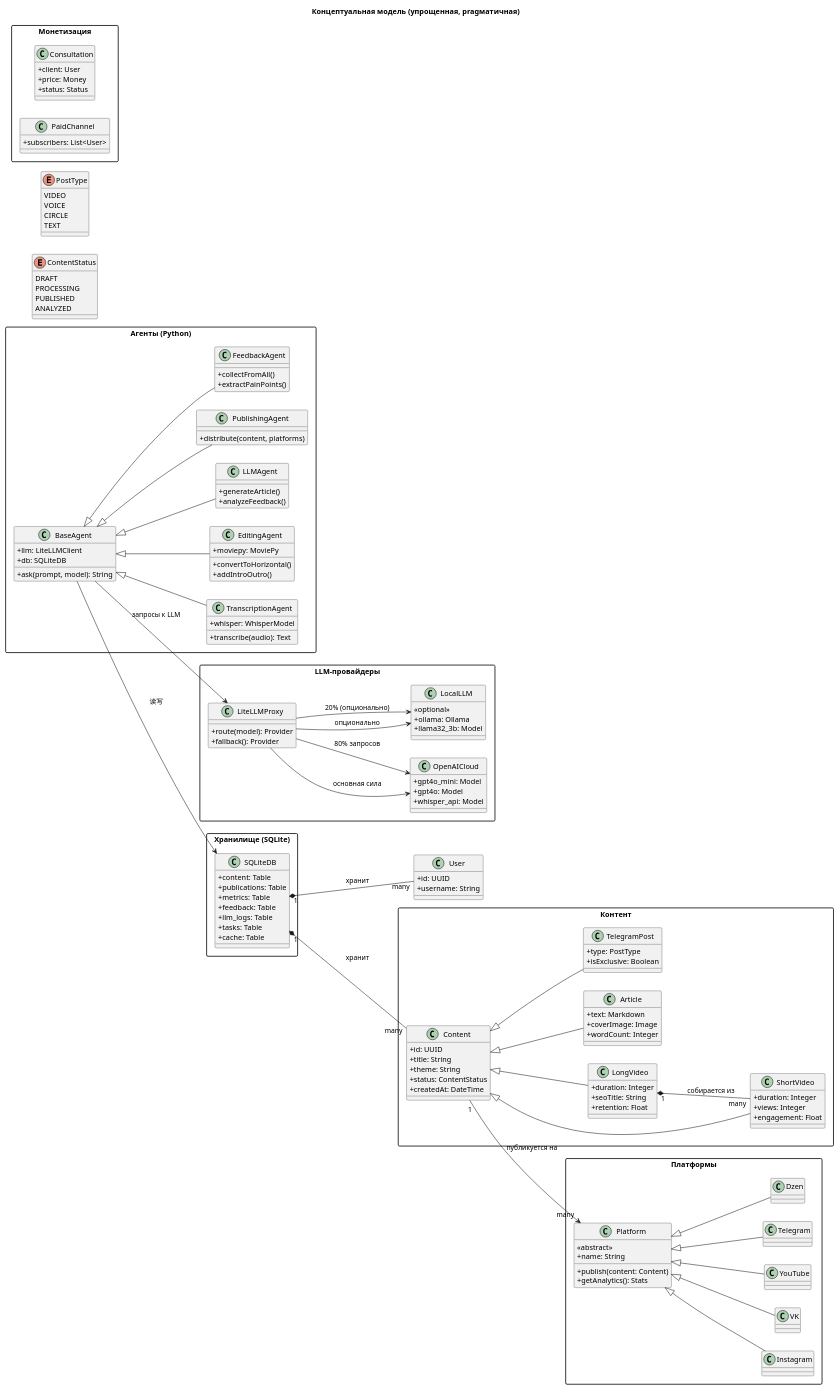
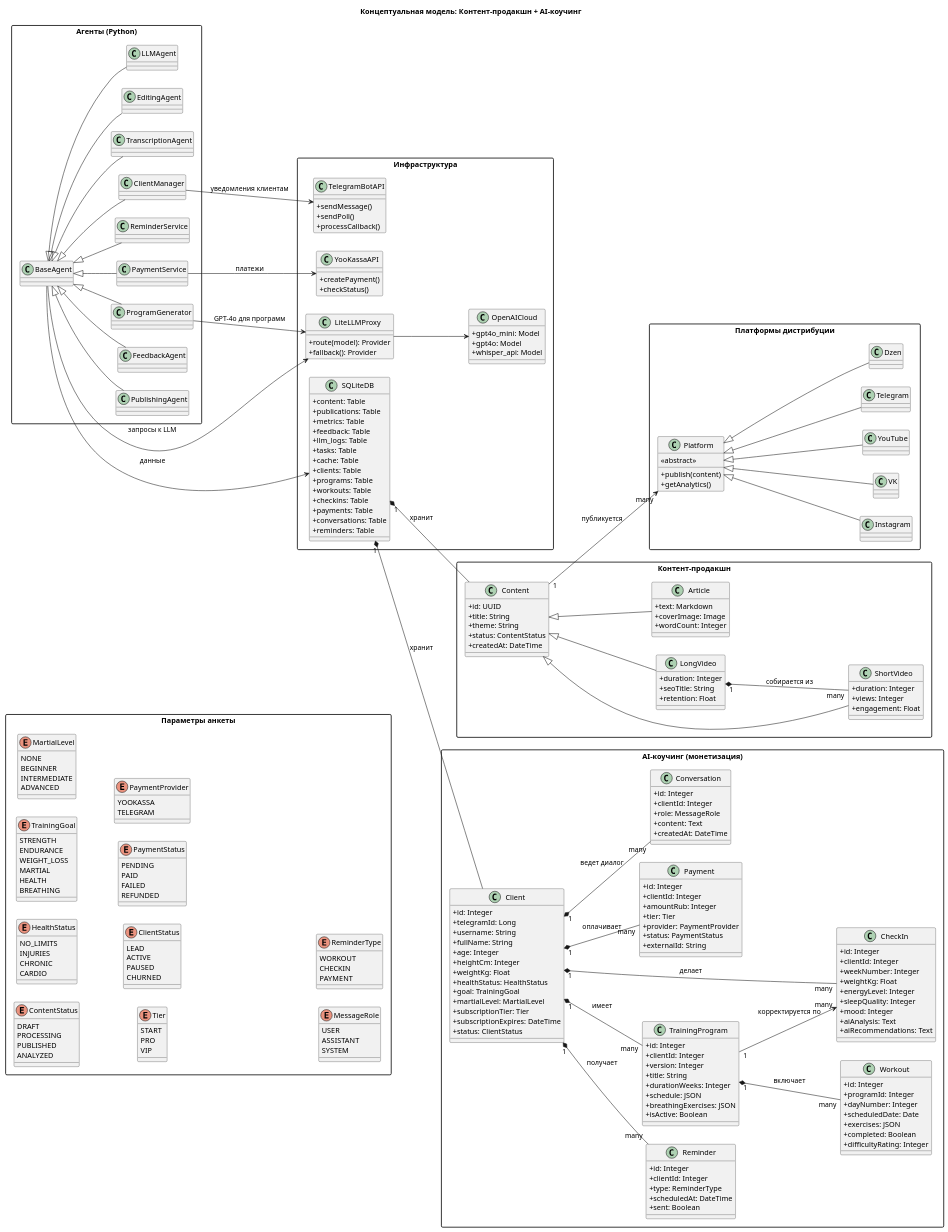
Before and after one commit to yurigilev/sigmar: the diagram in docs/architecture/about.md, drawn with PlantUML. The commit also changed other lines of this file and 4 other files, not shown here.

````diff
--- a/docs/architecture/about.md
+++ b/docs/architecture/about.md
@@ -214,9 +17,9 @@
 left to right direction
 skinparam classAttributeIconSize 0
 skinparam packageStyle rectangle
-title Концептуальная модель (упрощенная, pragматичная)
+title Концептуальная модель: Контент-продакшн + AI-коучинг
 
-package "Контент" {
+package "Контент-продакшн" {
     class Content {
         +id: UUID
         +title: String
@@ -243,27 +46,104 @@
         +wordCount: Integer
     }
     
-    class TelegramPost {
-        +type: PostType
-        +isExclusive: Boolean
-    }
-    
     Content <|-- ShortVideo
     Content <|-- LongVideo
     Content <|-- Article
-    Content <|-- TelegramPost
     
     LongVideo "1" *-- "many" ShortVideo : собирается из
 }
 
-package "Платформы" {
+package "AI-коучинг (монетизация)" {
+    class Client {
+        +id: Integer
+        +telegramId: Long
+        +username: String
+        +fullName: String
+        +age: Integer
+        +heightCm: Integer
+        +weightKg: Float
+        +healthStatus: HealthStatus
+        +goal: TrainingGoal
+        +martialLevel: MartialLevel
+        +subscriptionTier: Tier
+        +subscriptionExpires: DateTime
+        +status: ClientStatus
+    }
+    
+    class TrainingProgram {
+        +id: Integer
+        +clientId: Integer
+        +version: Integer
+        +title: String
+        +durationWeeks: Integer
+        +schedule: JSON
+        +breathingExercises: JSON
+        +isActive: Boolean
+    }
+    
+    class Workout {
+        +id: Integer
+        +programId: Integer
+        +dayNumber: Integer
+        +scheduledDate: Date
+        +exercises: JSON
+        +completed: Boolean
+        +difficultyRating: Integer
+    }
+    
+    class CheckIn {
+        +id: Integer
+        +clientId: Integer
+        +weekNumber: Integer
+        +weightKg: Float
+        +energyLevel: Integer
+        +sleepQuality: Integer
+        +mood: Integer
+        +aiAnalysis: Text
+        +aiRecommendations: Text
+    }
+    
+    class Payment {
+        +id: Integer
+        +clientId: Integer
+        +amountRub: Integer
+        +tier: Tier
+        +provider: PaymentProvider
+        +status: PaymentStatus
+        +externalId: String
+    }
+    
+    class Conversation {
+        +id: Integer
+        +clientId: Integer
+        +role: MessageRole
+        +content: Text
+        +createdAt: DateTime
+    }
+    
+    class Reminder {
+        +id: Integer
+        +clientId: Integer
+        +type: ReminderType
+        +scheduledAt: DateTime
+        +sent: Boolean
+    }
+    
+    Client "1" *-- "many" TrainingProgram : имеет
+    Client "1" *-- "many" Payment : оплачивает
+    Client "1" *-- "many" CheckIn : делает
+    Client "1" *-- "many" Conversation : ведет диалог
+    Client "1" *-- "many" Reminder : получает
+    TrainingProgram "1" *-- "many" Workout : включает
+    TrainingProgram "1" --> "many" CheckIn : корректируется по
+}
+
+package "Платформы дистрибуции" {
     class Platform {
         <<abstract>>
-        +name: String
-        +publish(content: Content)
-        +getAnalytics(): Stats
+        +publish(content)
+        +getAnalytics()
     }
-    
     class Instagram
     class VK
     class YouTube
@@ -277,7 +157,7 @@
     Platform <|-- Dzen
 }
 
-package "Хранилище (SQLite)" {
+package "Инфраструктура" {
     class SQLiteDB {
         +content: Table
         +publications: Table
@@ -286,49 +166,15 @@
         +llm_logs: Table
         +tasks: Table
         +cache: Table
-    }
-}
-
-package "Агенты (Python)" {
-    class BaseAgent {
-        +llm: LiteLLMClient
-        +db: SQLiteDB
-        +ask(prompt, model): String
+        +clients: Table
+        +programs: Table
+        +workouts: Table
+        +checkins: Table
+        +payments: Table
+        +conversations: Table
+        +reminders: Table
     }
     
-    class TranscriptionAgent {
-        +whisper: WhisperModel
-        +transcribe(audio): Text
-    }
-    
-    class EditingAgent {
-        +moviepy: MoviePy
-        +convertToHorizontal()
-        +addIntroOutro()
-    }
-    
-    class LLMAgent {
-        +generateArticle()
-        +analyzeFeedback()
-    }
-    
-    class PublishingAgent {
-        +distribute(content, platforms)
-    }
-    
-    class FeedbackAgent {
-        +collectFromAll()
-        +extractPainPoints()
-    }
-    
-    BaseAgent <|-- TranscriptionAgent
-    BaseAgent <|-- EditingAgent
-    BaseAgent <|-- LLMAgent
-    BaseAgent <|-- PublishingAgent
-    BaseAgent <|-- FeedbackAgent
-}
-
-package "LLM-провайдеры" {
     class LiteLLMProxy {
         +route(model): Provider
         +fallback(): Provider
@@ -340,53 +186,112 @@
         +whisper_api: Model
     }
     
-    class LocalLLM {
-        <<optional>>
-        +ollama: Ollama
-        +llama32_3b: Model
+    class TelegramBotAPI {
+        +sendMessage()
+        +sendPoll()
+        +processCallback()
     }
     
-    LiteLLMProxy --> OpenAICloud : основная сила
-    LiteLLMProxy --> LocalLLM : опционально
+    class YooKassaAPI {
+        +createPayment()
+        +checkStatus()
+    }
+    
+    LiteLLMProxy --> OpenAICloud
 }
 
-package "Монетизация" {
-    class Consultation {
-        +client: User
-        +price: Money
-        +status: Status
-    }
+package "Агенты (Python)" {
+    class BaseAgent
+    class TranscriptionAgent
+    class EditingAgent
+    class LLMAgent
+    class PublishingAgent
+    class FeedbackAgent
+    class ProgramGenerator
+    class ClientManager
+    class ReminderService
+    class PaymentService
     
-    class PaidChannel {
-        +subscribers: List<User>
-    }
+    BaseAgent <|-- TranscriptionAgent
+    BaseAgent <|-- EditingAgent
+    BaseAgent <|-- LLMAgent
+    BaseAgent <|-- PublishingAgent
+    BaseAgent <|-- FeedbackAgent
+    BaseAgent <|-- ProgramGenerator
+    BaseAgent <|-- ClientManager
+    BaseAgent <|-- ReminderService
+    BaseAgent <|-- PaymentService
 }
 
-class User {
-    +id: UUID
-    +username: String
-}
+' Связи
+Content "1" --> "many" Platform : публикуется
+SQLiteDB "1" *-- Content : хранит
+SQLiteDB "1" *-- Client : хранит
 
-Content "1" --> "many" Platform : публикуется на
-SQLiteDB "1" *-- "many" Content : хранит
-SQLiteDB "1" *-- "many" User : хранит
-BaseAgent --> SQLiteDB :读写
+BaseAgent --> SQLiteDB : данные
 BaseAgent --> LiteLLMProxy : запросы к LLM
-LiteLLMProxy --> OpenAICloud : 80% запросов
-LiteLLMProxy --> LocalLLM : 20% (опционально)
+ProgramGenerator --> LiteLLMProxy : GPT-4o для программ
+PaymentService --> YooKassaAPI : платежи
+ClientManager --> TelegramBotAPI : уведомления клиентам
 
-enum ContentStatus {
+package "Параметры анкеты" {
+enum ContentStatus { 
     DRAFT
     PROCESSING
-    PUBLISHED
-    ANALYZED
+    PUBLISHED 
+    ANALYZED 
 }
-
-enum PostType {
-    VIDEO
-    VOICE
-    CIRCLE
-    TEXT
+enum HealthStatus { 
+    NO_LIMITS
+    INJURIES
+    CHRONIC
+    CARDIO 
+}
+enum TrainingGoal { 
+    STRENGTH
+    ENDURANCE
+    WEIGHT_LOSS
+    MARTIAL
+    HEALTH
+    BREATHING 
+}
+enum MartialLevel { 
+    NONE
+    BEGINNER
+    INTERMEDIATE
+    ADVANCED 
+}
+enum Tier { 
+    START
+    PRO
+    VIP 
+}
+enum ClientStatus { 
+    LEAD 
+    ACTIVE 
+    PAUSED
+    CHURNED 
+}
+enum PaymentStatus { 
+    PENDING
+    PAID
+    FAILED
+    REFUNDED 
+}
+enum PaymentProvider { 
+    YOOKASSA 
+    TELEGRAM 
+}
+enum MessageRole { 
+    USER
+    ASSISTANT
+    SYSTEM 
+}
+enum ReminderType { 
+    WORKOUT
+    CHECKIN
+    PAYMENT 
+}
 }
 @enduml
 ```
````
